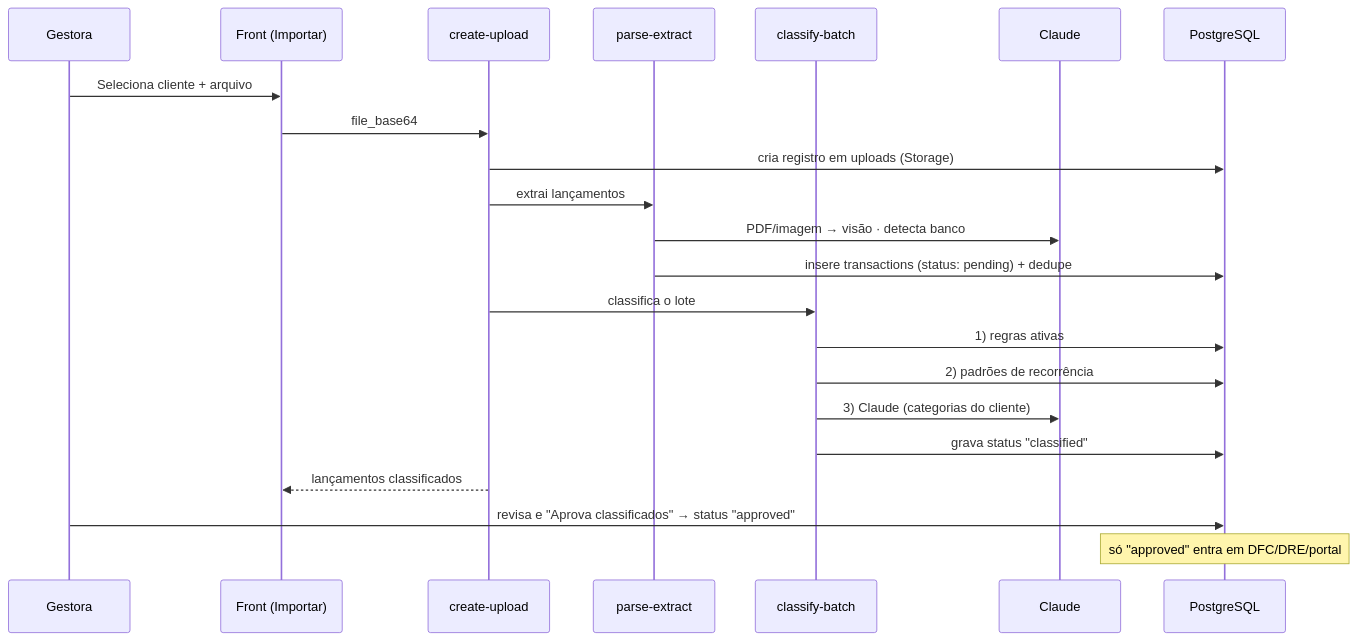
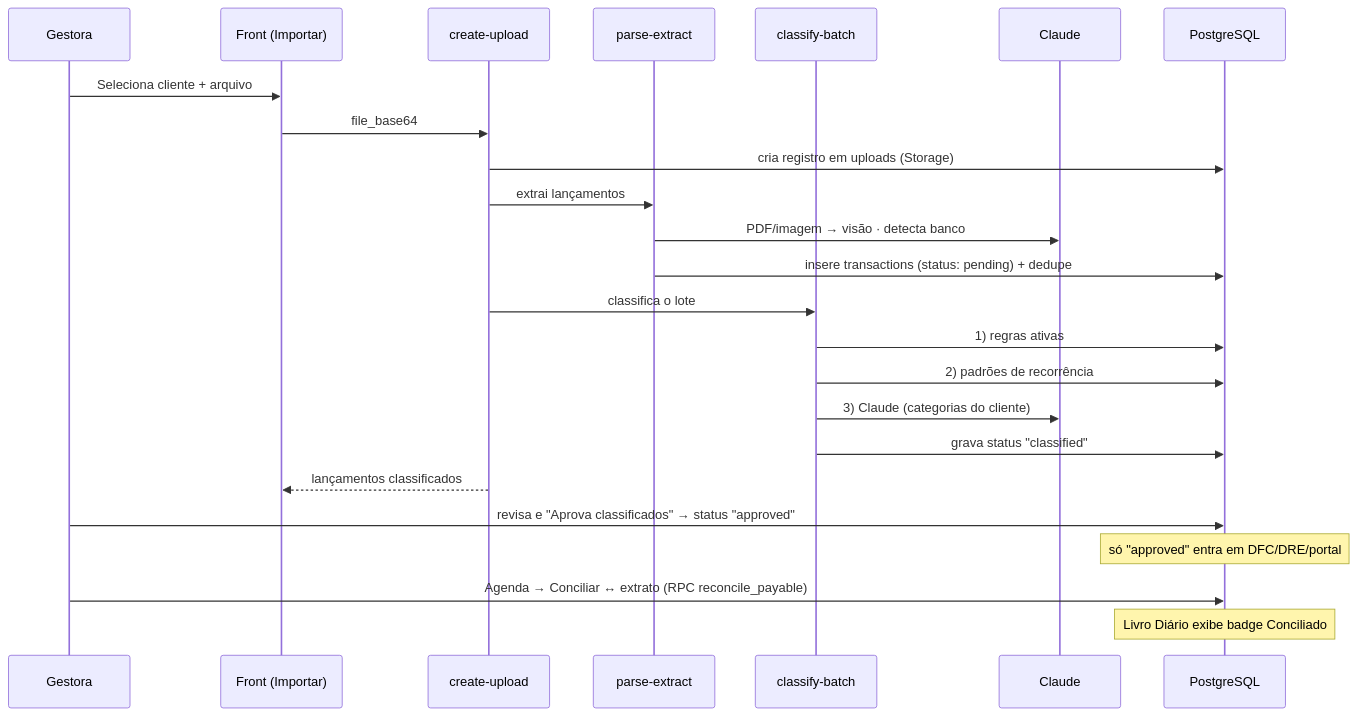
The second of 2 diagrams in README.md (IAplicada-Business/demeo-finance-hub), drawn with Mermaid before and after one commit. The commit also changed other lines of this file and 21 other files, not shown here.

````diff
--- a/README.md
+++ b/README.md
@@ -226,25 +260,27 @@
 ```mermaid
 sequenceDiagram
     participant G as Gestora
     participant F as Front (Importar)
     participant U as create-upload
     participant P as parse-extract
     participant C as classify-batch
     participant AI as Claude
     participant DB as PostgreSQL
 
     G->>F: Seleciona cliente + arquivo
     F->>U: file_base64
     U->>DB: cria registro em uploads (Storage)
     U->>P: extrai lançamentos
     P->>AI: PDF/imagem → visão · detecta banco
     P->>DB: insere transactions (status: pending) + dedupe
     U->>C: classifica o lote
     C->>DB: 1) regras ativas
     C->>DB: 2) padrões de recorrência
     C->>AI: 3) Claude (categorias do cliente)
     C->>DB: grava status "classified"
     U-->>F: lançamentos classificados
     G->>DB: revisa e "Aprova classificados" → status "approved"
     Note over DB: só "approved" entra em DFC/DRE/portal
+    G->>DB: Agenda → Conciliar ↔ extrato (RPC reconcile_payable)
+    Note over DB: Livro Diário exibe badge Conciliado
 ```
````
